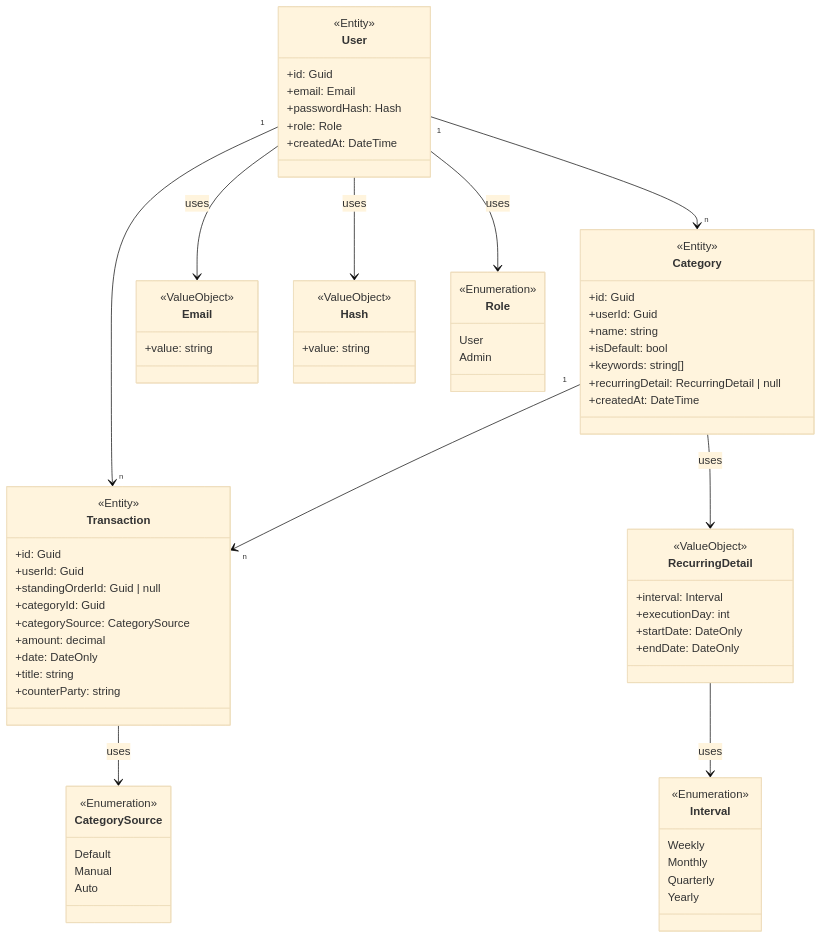
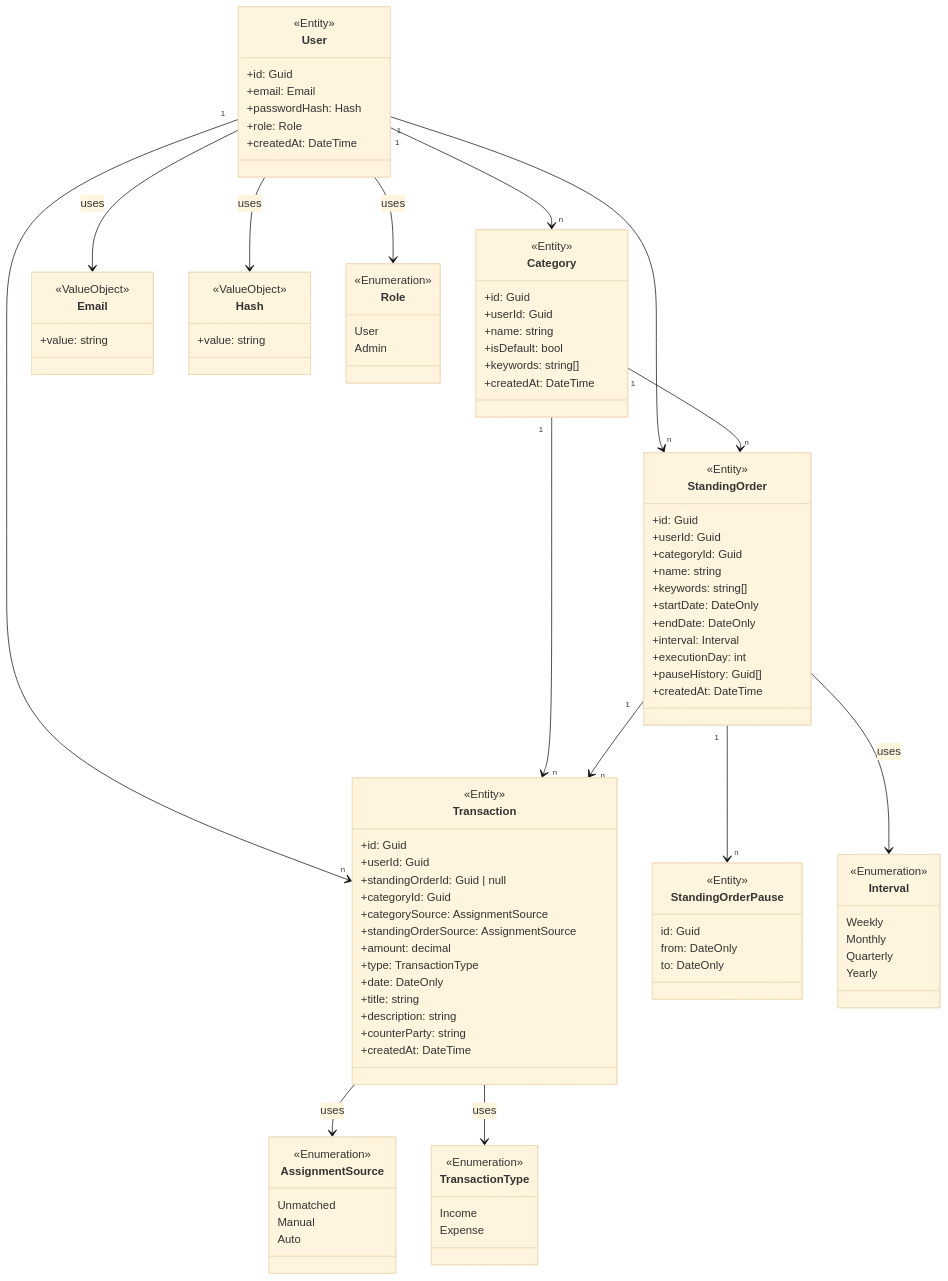
The diagram in docs/backend/Layers/Domain.md (MoritzLue24/Broke-Manager), drawn with Mermaid (base theme) before and after one commit. The commit also changed other lines of this file, not shown here.

Commit message:
Added new StandingOrder entity & logik

````diff
--- a/docs/backend/Layers/Domain.md
+++ b/docs/backend/Layers/Domain.md
@@ -59,13 +78,17 @@
         +userId: Guid
         +standingOrderId: Guid | null
         +categoryId: Guid
-        +categorySource: CategorySource
+        +categorySource: AssignmentSource
+        +standingOrderSource: AssignmentSource
         +amount: decimal
+        +type: TransactionType
         +date: DateOnly
         +title: string
+        +description: string
         +counterParty: string
+        +createdAt: DateTime
     }
-
+    
     class Category {
         <<Entity>>
         +id: Guid
@@ -73,9 +96,30 @@
         +name: string
         +isDefault: bool
         +keywords: string[]
-        +recurringDetail: RecurringDetail | null
         +createdAt: DateTime
     }
+    
+    class StandingOrder {
+	    <<Entity>>
+	    +id: Guid
+	    +userId: Guid
+	    +categoryId: Guid
+	    +name: string
+	    +keywords: string[]
+	    +startDate: DateOnly
+	    +endDate: DateOnly
+	    +interval: Interval
+	    +executionDay: int
+	    +pauseHistory: Guid[]
+	    +createdAt: DateTime
+    }
+    
+    class StandingOrderPause {
+		<<Entity>>
+		id: Guid
+		from: DateOnly
+		to: DateOnly
+	}
 
 
     class Email {
@@ -87,14 +131,6 @@
         <<ValueObject>>
         +value: string
     }
-	
-	class RecurringDetail {
-		<<ValueObject>>
-		+interval: Interval
-	    +executionDay: int
-	    +startDate: DateOnly
-	    +endDate: DateOnly
-	}
 
 
     class Role {
@@ -103,11 +139,17 @@
         Admin
     }
 
-    class CategorySource {
+    class AssignmentSource {
         <<Enumeration>>
-        Default
+        Unmatched
         Manual
         Auto
+    }
+    
+    class TransactionType {
+	    <<Enumeration>>
+	    Income
+	    Expense
     }
 
     class Interval {
@@ -124,11 +166,17 @@
     User --> Role : uses
 
 	User "1" --> "n" Category
+	User "1" --> "n" Transaction
+	User "1" --> "n" StandingOrder
+	
     Category "1" --> "n" Transaction
-	Category --> RecurringDetail : uses
-    RecurringDetail --> Interval : uses
-
-	User "1" --> "n" Transaction
+    Category "1" --> "n" StandingOrder
+    StandingOrder "1" --> "n" Transaction
     
-    Transaction --> CategorySource : uses
+    
+    StandingOrder --> Interval : uses
+    StandingOrder "1" --> "n" StandingOrderPause
+    
+    Transaction --> AssignmentSource : uses
+    Transaction --> TransactionType : uses
 ```
````
